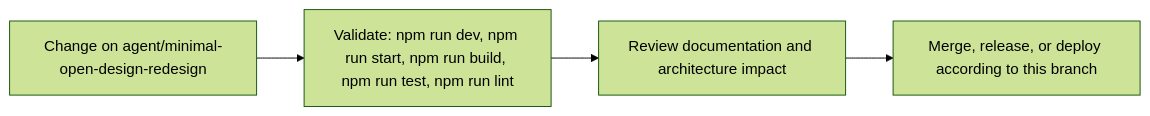
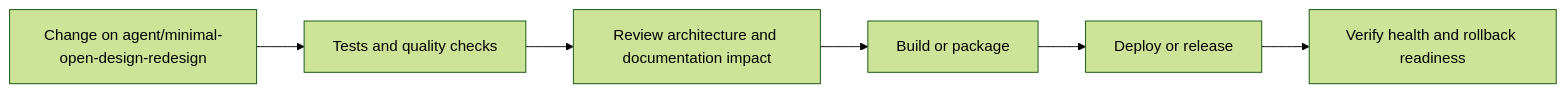
The fifth of 6 diagrams in README.md (Nischhalsubba/BindForge-NW), drawn with Mermaid (forest theme) before and after one commit. The commit also changed other lines of this file, not shown here.

````diff
--- a/README.md
+++ b/README.md
@@ -87,8 +183,8 @@
 ```mermaid
 flowchart LR
-    CHANGE["Change on agent/minimal-open-design-redesign"]
-    CHECK["Validate: npm run dev, npm run start, npm run build, npm run test, npm run lint"]
-    REVIEW["Review documentation and architecture impact"]
-    RELEASE["Merge, release, or deploy according to this branch"]
-    CHANGE --> CHECK --> REVIEW --> RELEASE
+    CHANGE["Change on agent/minimal-open-design-redesign"] --> CHECK["Tests and quality checks"]
+    CHECK --> REVIEW["Review architecture and documentation impact"]
+    REVIEW --> BUILD["Build or package"]
+    BUILD --> DEPLOY["Deploy or release"]
+    DEPLOY --> VERIFY["Verify health and rollback readiness"]
 ```
````
